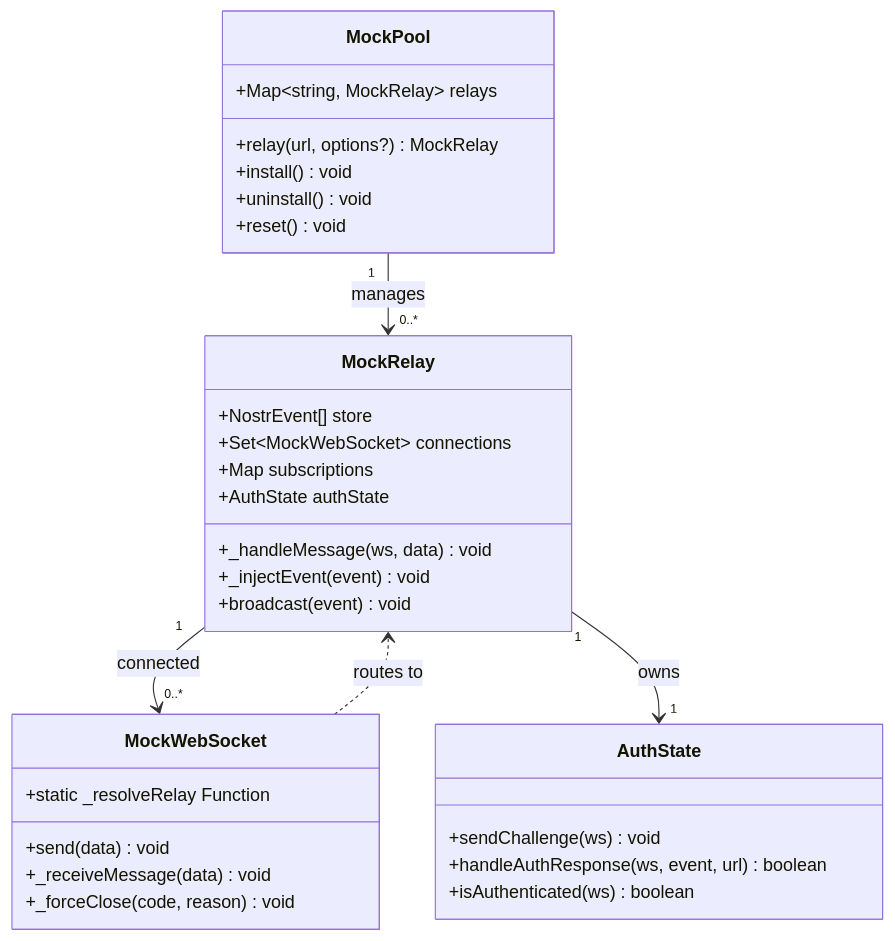
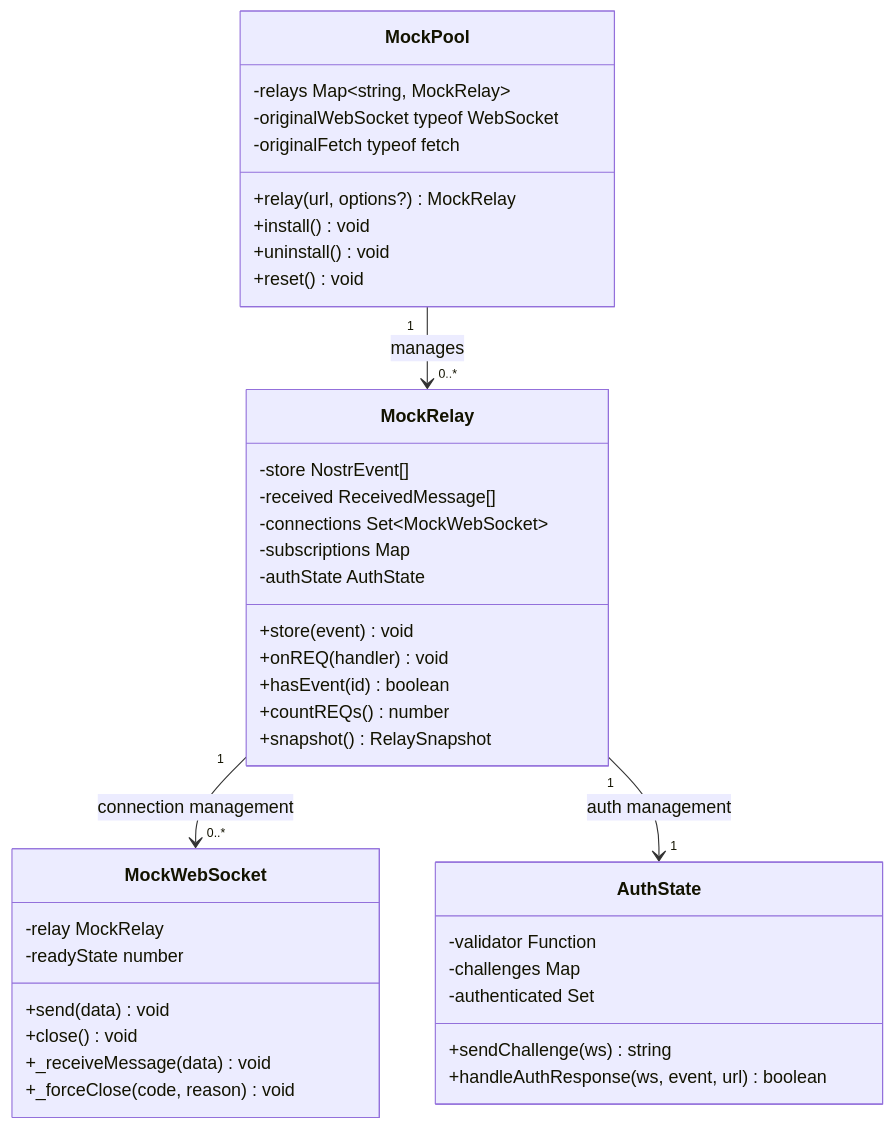
The second of 15 diagrams in docs/en/reference/architecture.md (ikuradon/tsunagiya), drawn with Mermaid before and after one commit. The commit also changed other lines of this file and 12 other files, not shown here.

First line of the commit message:
fix: architecture.md の日英齟齬を解消し未使用ファイルを削除

````diff
--- a/docs/en/reference/architecture.md
+++ b/docs/en/reference/architecture.md
@@ -116,38 +40,43 @@
 ```mermaid
 classDiagram
     class MockPool {
-        +Map~string, MockRelay~ relays
         +relay(url, options?) MockRelay
         +install() void
         +uninstall() void
         +reset() void
+        -relays Map~string, MockRelay~
+        -originalWebSocket typeof WebSocket
+        -originalFetch typeof fetch
     }
-
     class MockRelay {
-        +NostrEvent[] store
-        +Set~MockWebSocket~ connections
-        +Map subscriptions
-        +AuthState authState
-        +_handleMessage(ws, data) void
-        +_injectEvent(event) void
-        +broadcast(event) void
+        +store(event) void
+        +onREQ(handler) void
+        +hasEvent(id) boolean
+        +countREQs() number
+        +snapshot() RelaySnapshot
+        -store NostrEvent[]
+        -received ReceivedMessage[]
+        -connections Set~MockWebSocket~
+        -subscriptions Map
+        -authState AuthState
     }
-
     class MockWebSocket {
-        +static _resolveRelay Function
         +send(data) void
+        +close() void
+        -relay MockRelay
+        -readyState number
         +_receiveMessage(data) void
         +_forceClose(code, reason) void
     }
-
     class AuthState {
-        +sendChallenge(ws) void
+        +sendChallenge(ws) string
         +handleAuthResponse(ws, event, url) boolean
-        +isAuthenticated(ws) boolean
+        -validator Function
+        -challenges Map
+        -authenticated Set
     }
 
     MockPool "1" --> "0..*" MockRelay : manages
-    MockRelay "1" --> "0..*" MockWebSocket : connected
-    MockRelay "1" --> "1" AuthState : owns
-    MockWebSocket ..> MockRelay : routes to
+    MockRelay "1" --> "0..*" MockWebSocket : connection management
+    MockRelay "1" --> "1" AuthState : auth management
 ```
````
